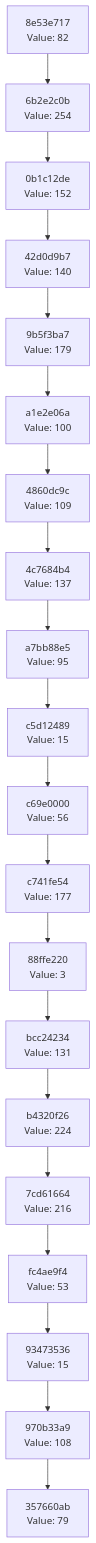
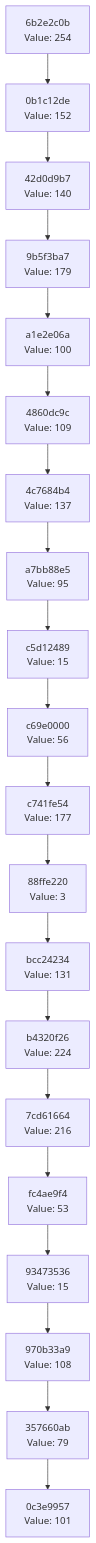
The diagram in docs/CHAIN_VISUALIZATION.md (Abhisheksinha1506/hash-chain-evolver), drawn with Mermaid before and after one commit. The commit also changed 1 other file, not shown here.

Commit message:
Evolution Step

````diff
--- a/docs/CHAIN_VISUALIZATION.md
+++ b/docs/CHAIN_VISUALIZATION.md
@@ -3,42 +3,42 @@
 ```mermaid
 graph TD
-    C0["357660ab<br/>Value: 79"]
-    C1["970b33a9<br/>Value: 108"]
+    C0["0c3e9957<br/>Value: 101"]
+    C1["357660ab<br/>Value: 79"]
     C1 --> C0
-    C2["93473536<br/>Value: 15"]
+    C2["970b33a9<br/>Value: 108"]
     C2 --> C1
-    C3["fc4ae9f4<br/>Value: 53"]
+    C3["93473536<br/>Value: 15"]
     C3 --> C2
-    C4["7cd61664<br/>Value: 216"]
+    C4["fc4ae9f4<br/>Value: 53"]
     C4 --> C3
-    C5["b4320f26<br/>Value: 224"]
+    C5["7cd61664<br/>Value: 216"]
     C5 --> C4
-    C6["bcc24234<br/>Value: 131"]
+    C6["b4320f26<br/>Value: 224"]
     C6 --> C5
-    C7["88ffe220<br/>Value: 3"]
+    C7["bcc24234<br/>Value: 131"]
     C7 --> C6
-    C8["c741fe54<br/>Value: 177"]
+    C8["88ffe220<br/>Value: 3"]
     C8 --> C7
-    C9["c69e0000<br/>Value: 56"]
+    C9["c741fe54<br/>Value: 177"]
     C9 --> C8
-    C10["c5d12489<br/>Value: 15"]
+    C10["c69e0000<br/>Value: 56"]
     C10 --> C9
-    C11["a7bb88e5<br/>Value: 95"]
+    C11["c5d12489<br/>Value: 15"]
     C11 --> C10
-    C12["4c7684b4<br/>Value: 137"]
+    C12["a7bb88e5<br/>Value: 95"]
     C12 --> C11
-    C13["4860dc9c<br/>Value: 109"]
+    C13["4c7684b4<br/>Value: 137"]
     C13 --> C12
-    C14["a1e2e06a<br/>Value: 100"]
+    C14["4860dc9c<br/>Value: 109"]
     C14 --> C13
-    C15["9b5f3ba7<br/>Value: 179"]
+    C15["a1e2e06a<br/>Value: 100"]
     C15 --> C14
-    C16["42d0d9b7<br/>Value: 140"]
+    C16["9b5f3ba7<br/>Value: 179"]
     C16 --> C15
-    C17["0b1c12de<br/>Value: 152"]
+    C17["42d0d9b7<br/>Value: 140"]
     C17 --> C16
-    C18["6b2e2c0b<br/>Value: 254"]
+    C18["0b1c12de<br/>Value: 152"]
     C18 --> C17
-    C19["8e53e717<br/>Value: 82"]
+    C19["6b2e2c0b<br/>Value: 254"]
     C19 --> C18
 ```
````
